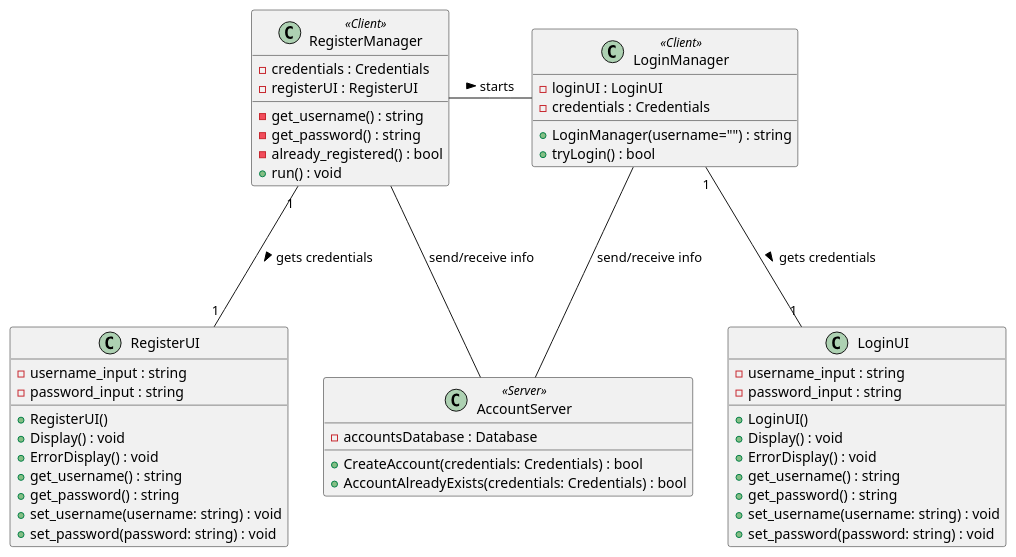
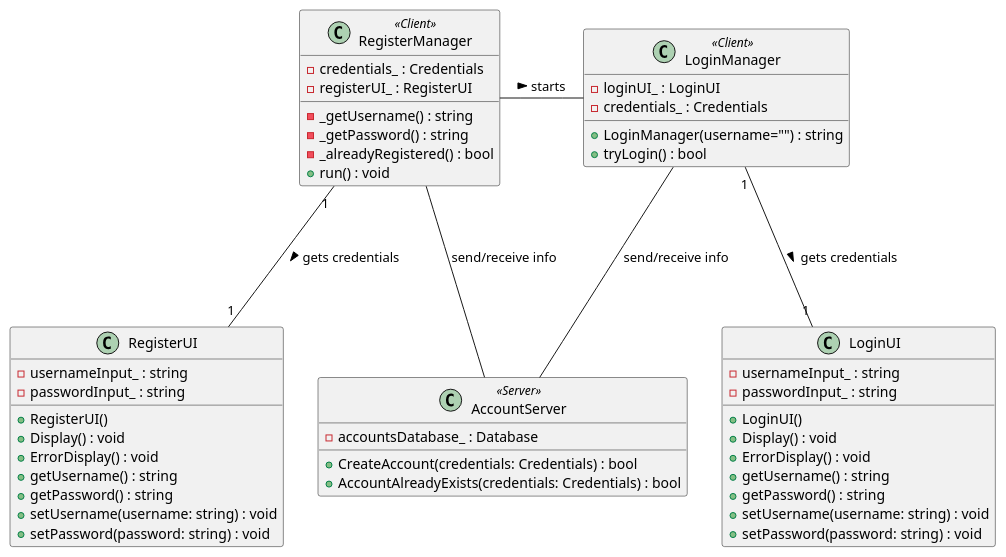
The diagram in SRD-DOC/uml/class/connexion/connexion.plantuml (ulb-info2-group5/Royal-Blocks), drawn with PlantUML before and after one commit. The commit also changed 1 other file, not shown here.

```diff
--- a/SRD-DOC/uml/class/connexion/connexion.plantuml
+++ b/SRD-DOC/uml/class/connexion/connexion.plantuml
@@ -1,63 +1,63 @@
 @startuml Connexion
 
 ' TODO: This diagram is not finshed yet and will be subject to modifications
 '
 ' Credential contains: username & password
 
 class RegisterManager <<Client>> {
-    - credentials : Credentials
-    - registerUI : RegisterUI
-    - get_username() : string
-    - get_password() : string
-    - already_registered() : bool
+    - credentials_ : Credentials
+    - registerUI_ : RegisterUI
+    - _getUsername() : string
+    - _getPassword() : string
+    - _alreadyRegistered() : bool
     + run() : void
 }
 
 class RegisterUI {
-    - username_input : string
-    - password_input : string
+    - usernameInput_ : string
+    - passwordInput_ : string
     + RegisterUI()
     + Display() : void
     + ErrorDisplay() : void
-    + get_username() : string
-    + get_password() : string
-    + set_username(username: string) : void
-    + set_password(password: string) : void
+    + getUsername() : string
+    + getPassword() : string
+    + setUsername(username: string) : void
+    + setPassword(password: string) : void
 }
 
 class LoginManager <<Client>> {
-    - loginUI : LoginUI 
-    - credentials : Credentials
+    - loginUI_ : LoginUI 
+    - credentials_ : Credentials
     'username lets us initialize the username field in the loginUI
     'to avoid asking it a second time (first time in the register side)
     'if not empty, it will call set_username on the loginUI
     + LoginManager(username="") : string 
     + tryLogin() : bool
 }
 
 class LoginUI {
-    - username_input : string
-    - password_input : string
+    - usernameInput_ : string
+    - passwordInput_ : string
     + LoginUI()
     + Display() : void
     + ErrorDisplay() : void
-    + get_username() : string
-    + get_password() : string
-    + set_username(username: string) : void
-    + set_password(password: string) : void
+    + getUsername() : string
+    + getPassword() : string
+    + setUsername(username: string) : void
+    + setPassword(password: string) : void
 }
 
 class AccountServer <<Server>> {
-    - accountsDatabase : Database
+    - accountsDatabase_ : Database
     + CreateAccount(credentials: Credentials) : bool
     + AccountAlreadyExists(credentials: Credentials) : bool
 }
 
 
 RegisterManager  -  LoginManager : starts >
 RegisterManager "1" --- "1" RegisterUI : gets credentials >
 LoginManager "1" --- "1" LoginUI : gets credentials >
 RegisterManager --- AccountServer : send/receive info
 LoginManager --- AccountServer : send/receive info
 
 @enduml
```
